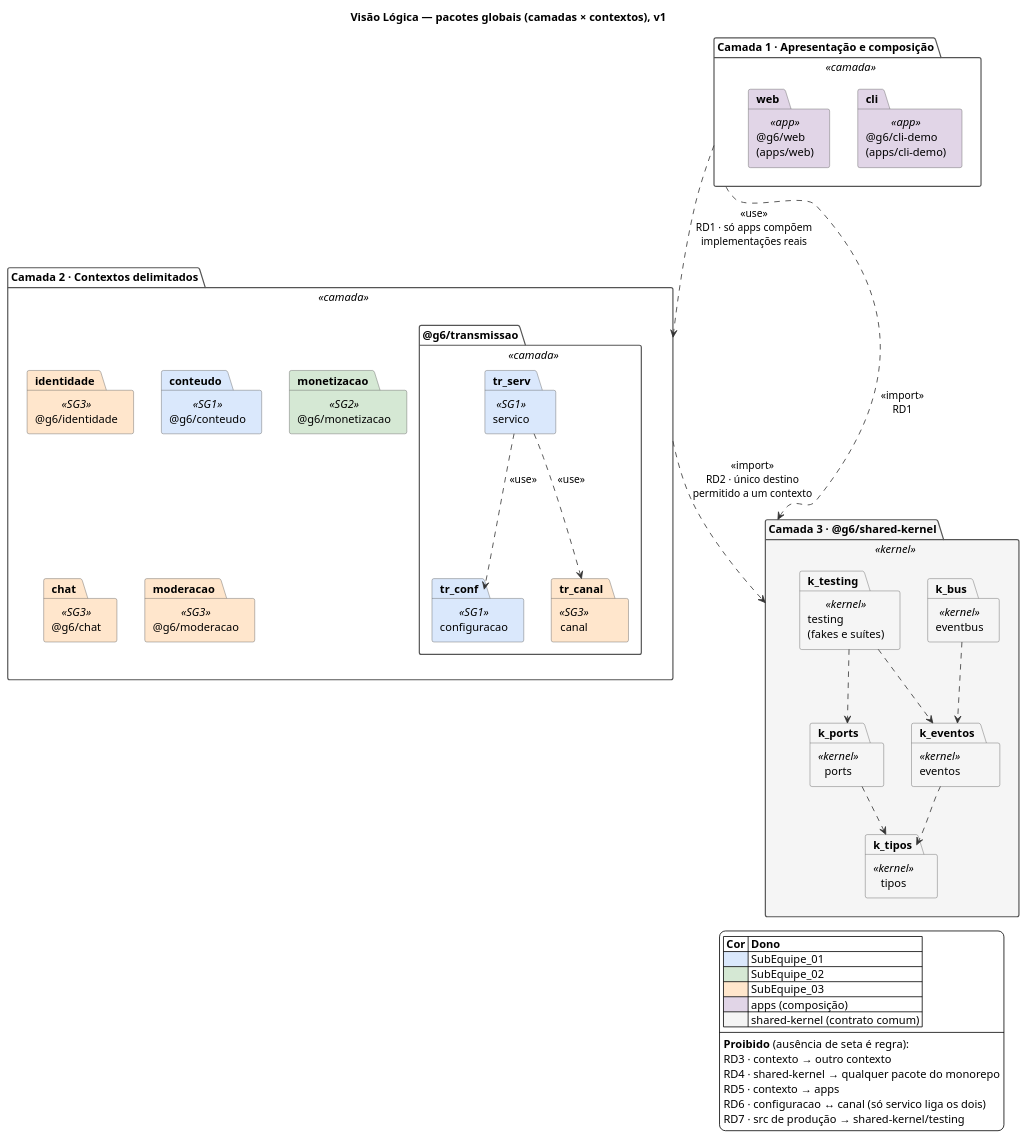
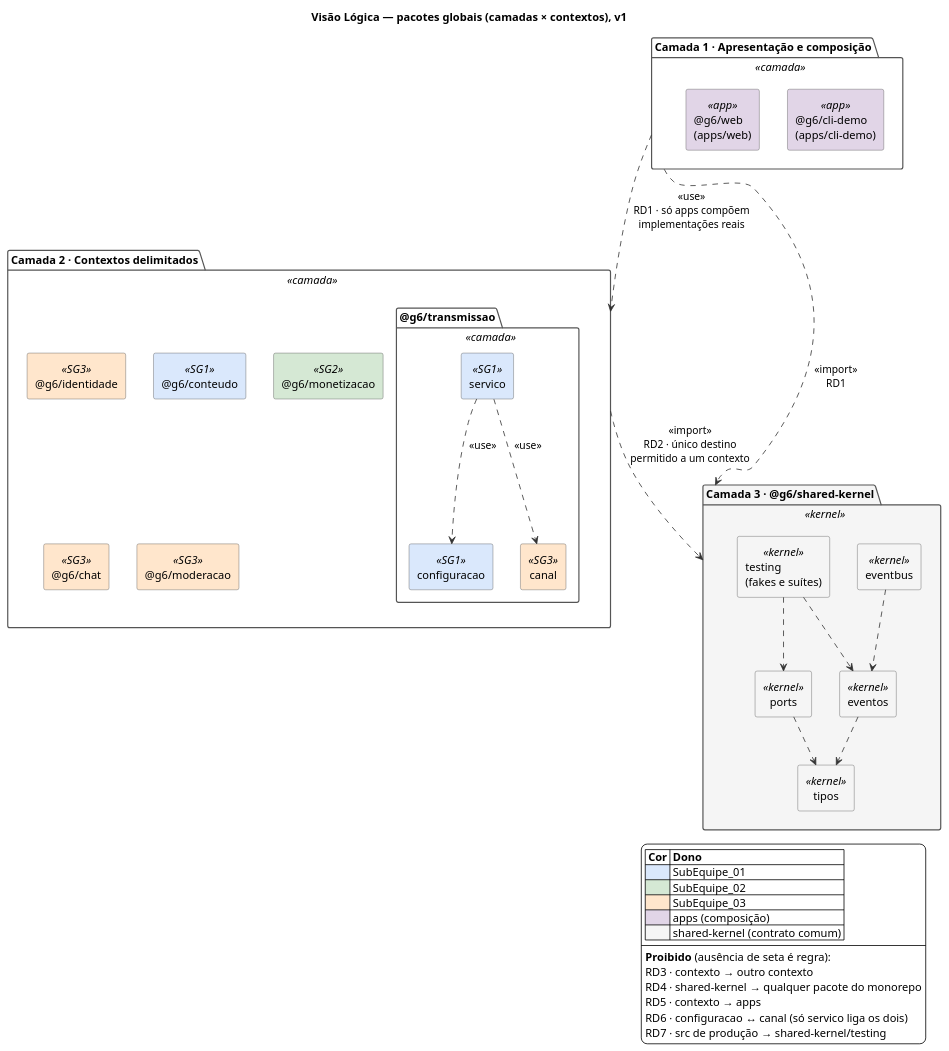
The diagram in docs/Base/Relatórios/1.1.1.DAS/assets/visao-logica/visao-logica-pacotes-global-v1.puml (UnBArqDsw2026-2-Turma01/2026.2-T01-_G6_ProjetoStreamingVideo_Entrega_04), drawn with PlantUML before and after one commit. The commit also changed 13 other files, not shown here.

First line of the commit message:
docs(visao-logica): export diagrams and fix layout

```diff
--- a/docs/Base/Relatórios/1.1.1.DAS/assets/visao-logica/visao-logica-pacotes-global-v1.puml
+++ b/docs/Base/Relatórios/1.1.1.DAS/assets/visao-logica/visao-logica-pacotes-global-v1.puml
@@ -1,83 +1,91 @@
 @startuml visao-logica-pacotes-global-v1
 ' Visão Lógica (DAS 1.1.1.5) — diagrama de pacotes UML global: camadas × contextos.
 ' Autoria: SubEquipe_01 (Lucas Andrade Zanetti, Matheus Lemes Amaral,
 ' Pedro Druck Montalvão Reis, Heitor Macedo Ricardo), 2026. Versão 1.
 ' Fonte de verdade dos nomes: packages/*/package.json do repositório de código
 ' (main @ 55b1ed8) e contrato do shared-kernel (PR #26 @ b75c711).
 
 title Visão Lógica — pacotes globais (camadas × contextos), v1
 
 skinparam backgroundColor #FFFFFF
 skinparam shadowing false
 skinparam defaultFontName Helvetica
 skinparam packageStyle folder
 skinparam ArrowColor #333333
+skinparam rectangle {
+  BackgroundColor<<app>> #E1D5E7
+  BackgroundColor<<SG1>> #DAE8FC
+  BackgroundColor<<SG2>> #D5E8D4
+  BackgroundColor<<SG3>> #FFE6CC
+  BackgroundColor<<kernel>> #F5F5F5
+  BorderColor #555555
+}
 skinparam package {
   BorderColor #555555
   BackgroundColor<<camada>> #FFFFFF
   BackgroundColor<<app>> #E1D5E7
   BackgroundColor<<SG1>> #DAE8FC
   BackgroundColor<<SG2>> #D5E8D4
   BackgroundColor<<SG3>> #FFE6CC
   BackgroundColor<<kernel>> #F5F5F5
 }
 
 package "Camada 1 · Apresentação e composição" as L1 <<camada>> {
-  package "@g6/cli-demo\n(apps/cli-demo)" as cli <<app>>
-  package "@g6/web\n(apps/web)" as web <<app>>
+  rectangle "@g6/cli-demo\n(apps/cli-demo)" as cli <<app>>
+  rectangle "@g6/web\n(apps/web)" as web <<app>>
 }
 
 package "Camada 2 · Contextos delimitados" as L2 <<camada>> {
-  package "@g6/identidade" as identidade <<SG3>>
+  rectangle "@g6/identidade" as identidade <<SG3>>
   package "@g6/transmissao" as transmissao <<camada>> {
-    package "configuracao" as tr_conf <<SG1>>
-    package "servico" as tr_serv <<SG1>>
-    package "canal" as tr_canal <<SG3>>
+    rectangle "configuracao" as tr_conf <<SG1>>
+    rectangle "servico" as tr_serv <<SG1>>
+    rectangle "canal" as tr_canal <<SG3>>
   }
-  package "@g6/conteudo" as conteudo <<SG1>>
-  package "@g6/monetizacao" as monetizacao <<SG2>>
-  package "@g6/chat" as chat <<SG3>>
-  package "@g6/moderacao" as moderacao <<SG3>>
+  rectangle "@g6/conteudo" as conteudo <<SG1>>
+  rectangle "@g6/monetizacao" as monetizacao <<SG2>>
+  rectangle "@g6/chat" as chat <<SG3>>
+  rectangle "@g6/moderacao" as moderacao <<SG3>>
 }
 
 package "Camada 3 · @g6/shared-kernel" as kernel <<kernel>> {
-  package "tipos" as k_tipos <<kernel>>
-  package "ports" as k_ports <<kernel>>
-  package "eventos" as k_eventos <<kernel>>
-  package "eventbus" as k_bus <<kernel>>
-  package "testing\n(fakes e suítes)" as k_testing <<kernel>>
+  rectangle "tipos" as k_tipos <<kernel>>
+  rectangle "ports" as k_ports <<kernel>>
+  rectangle "eventos" as k_eventos <<kernel>>
+  rectangle "eventbus" as k_bus <<kernel>>
+  rectangle "testing\n(fakes e suítes)" as k_testing <<kernel>>
 }
 
 ' Dependências permitidas (RD1, RD2). A seta vai de quem depende para quem é usado.
 L1 ..> L2 : <<use>>\nRD1 · só apps compõem\nimplementações reais
 L1 ..> kernel : <<import>>\nRD1
 L2 ..> kernel : <<import>>\nRD2 · único destino\npermitido a um contexto
 
 ' Dependências internas permitidas (RD6): servico liga configuracao e canal.
 tr_serv ..> tr_conf : <<use>>
 tr_serv ..> tr_canal : <<use>>
 
 ' Dependências internas do kernel: ports e eventos usam só tipos.
 k_ports ..> k_tipos
 k_eventos ..> k_tipos
 k_bus ..> k_eventos
 k_testing ..> k_ports
 k_testing ..> k_eventos
 
 legend right
   |= Cor |= Dono |
   |<#DAE8FC>| SubEquipe_01 |
   |<#D5E8D4>| SubEquipe_02 |
   |<#FFE6CC>| SubEquipe_03 |
   |<#E1D5E7>| apps (composição) |
   |<#F5F5F5>| shared-kernel (contrato comum) |
   ----
   **Proibido** (ausência de seta é regra):
   RD3 · contexto → outro contexto
   RD4 · shared-kernel → qualquer pacote do monorepo
   RD5 · contexto → apps
   RD6 · configuracao ↔ canal (só servico liga os dois)
   RD7 · src de produção → shared-kernel/testing
 endlegend
 
 @enduml
```
